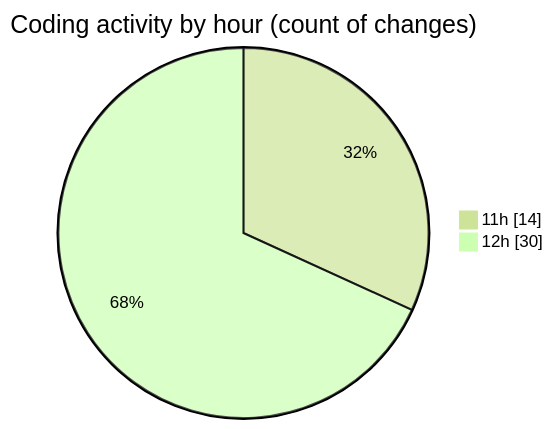
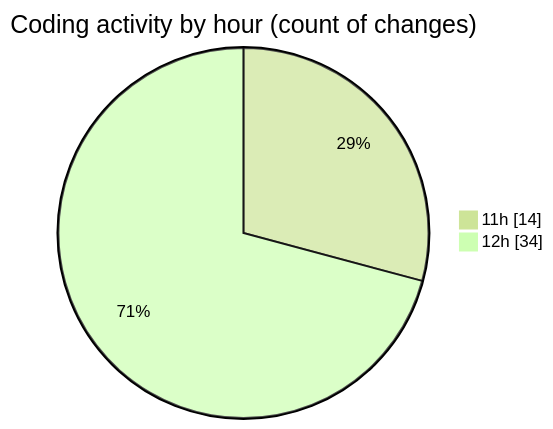
One commit to nxtqubesakshisongat/code-tracking changed the second of 2 diagrams in 2025-08-28/nxtqube_webapp/README.md. Above: the diagram before and after it, drawn with Mermaid (forest theme). The commit also changed other lines of this file and 1 other file, not shown here.

````diff
--- a/2025-08-28/nxtqube_webapp/README.md
+++ b/2025-08-28/nxtqube_webapp/README.md
@@ -34,6 +34,6 @@
 ```mermaid
 pie showData
 title Coding activity by hour (count of changes)
 "11h" : 14
-"12h" : 30
+"12h" : 34
 ```
````
